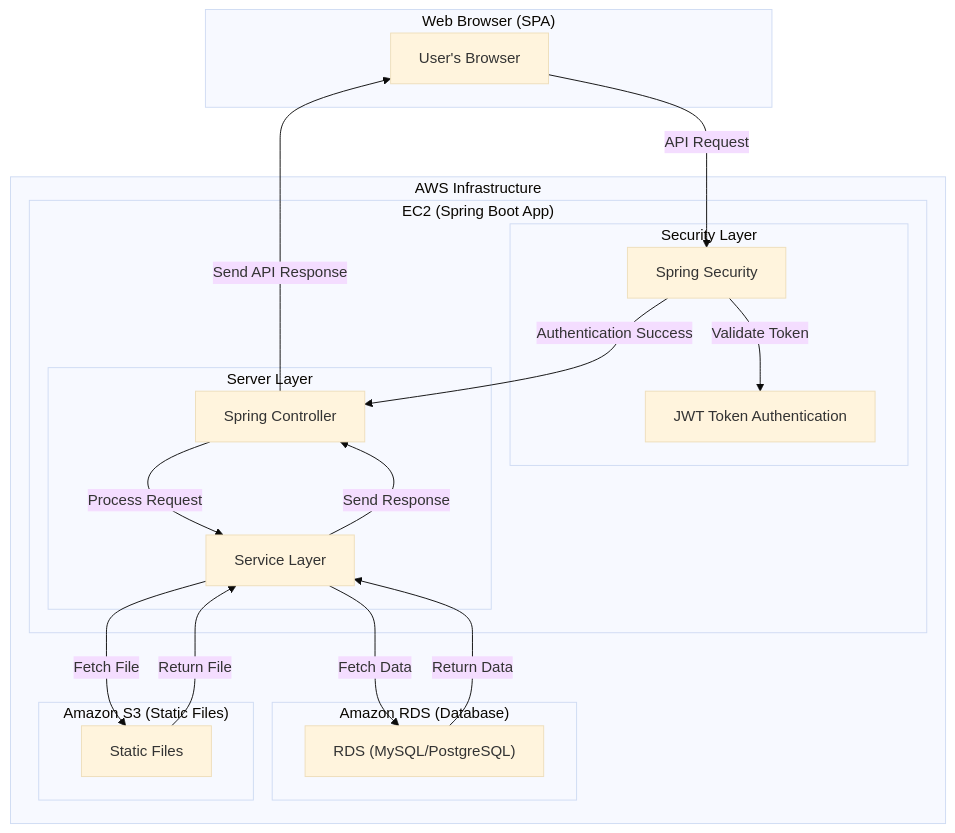
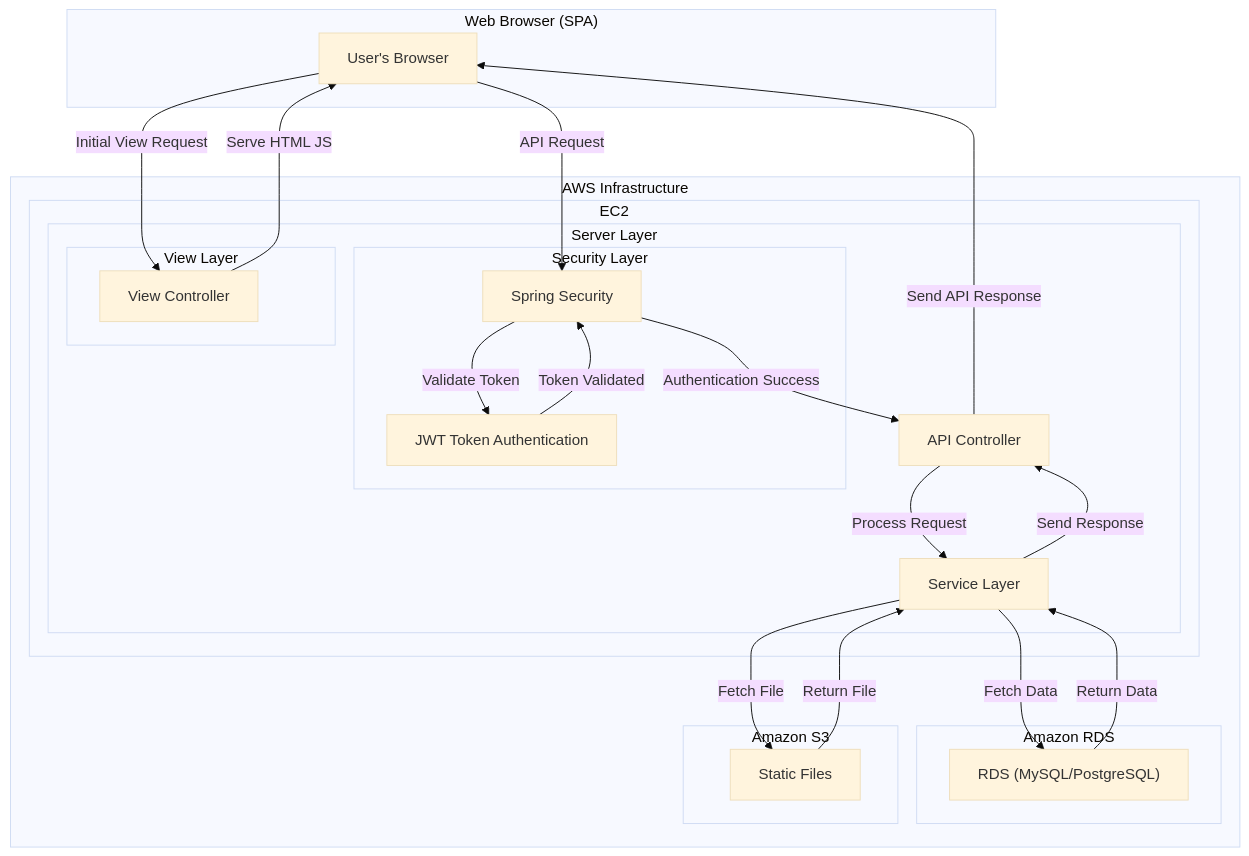
Before and after one commit to leein1/soundBrew: the diagram in README.md, drawn with Mermaid (base theme). The commit also changed other lines of this file, not shown here.

````diff
--- a/README.md
+++ b/README.md
@@ -37,42 +40,55 @@
 ```mermaid
 graph TD
     subgraph Web_Browser["Web Browser (SPA)"]
         Browser["User's Browser"]
     end
 
     subgraph AWS ["AWS Infrastructure"]
-        subgraph EC2 ["EC2 (Spring Boot App)"]
-            subgraph Security_Layer ["Security Layer"]
-                SpringSecurity["Spring Security"]
-                JWT["JWT Token Authentication"]
-            end
+        subgraph EC2 ["EC2"]
+            
             subgraph Server_Layer ["Server Layer"]
-                Controller["Spring Controller"]
+
+                subgraph Security_Layer ["Security Layer"]
+                    SpringSecurity["Spring Security"]
+                    JWT["JWT Token Authentication"]
+                end
+
+                subgraph View_Layer ["View Layer"]
+                    ViewController["View Controller"]
+                end
+
+                Controller["API Controller"] 
+
                 Service["Service Layer"]
             end
+        
         end
 
-        subgraph RDS ["Amazon RDS (Database)"]
+        subgraph RDS ["Amazon RDS"]
             Database["RDS (MySQL/PostgreSQL)"]
         end
 
-        subgraph S3 ["Amazon S3 (Static Files)"]
+        subgraph S3 ["Amazon S3"]
             StaticFiles["Static Files"]
         end
     end
 
     %% 요청 흐름
+    Browser -->|Initial View Request| ViewController
+    ViewController --> |Serve HTML JS| Browser
+
     Browser -->|API Request| SpringSecurity
     SpringSecurity -->|Validate Token| JWT
+    JWT --> |Token Validated| SpringSecurity
     SpringSecurity -->|Authentication Success| Controller
     Controller -->|Process Request| Service
     Service -->|Fetch Data| Database
     Service -->|Fetch File| StaticFiles
 
     %% 응답 흐름
     Database -->|Return Data| Service
     StaticFiles -->|Return File| Service
     Service -->|Send Response| Controller
     Controller -->|Send API Response| Browser
 
 ```
````
